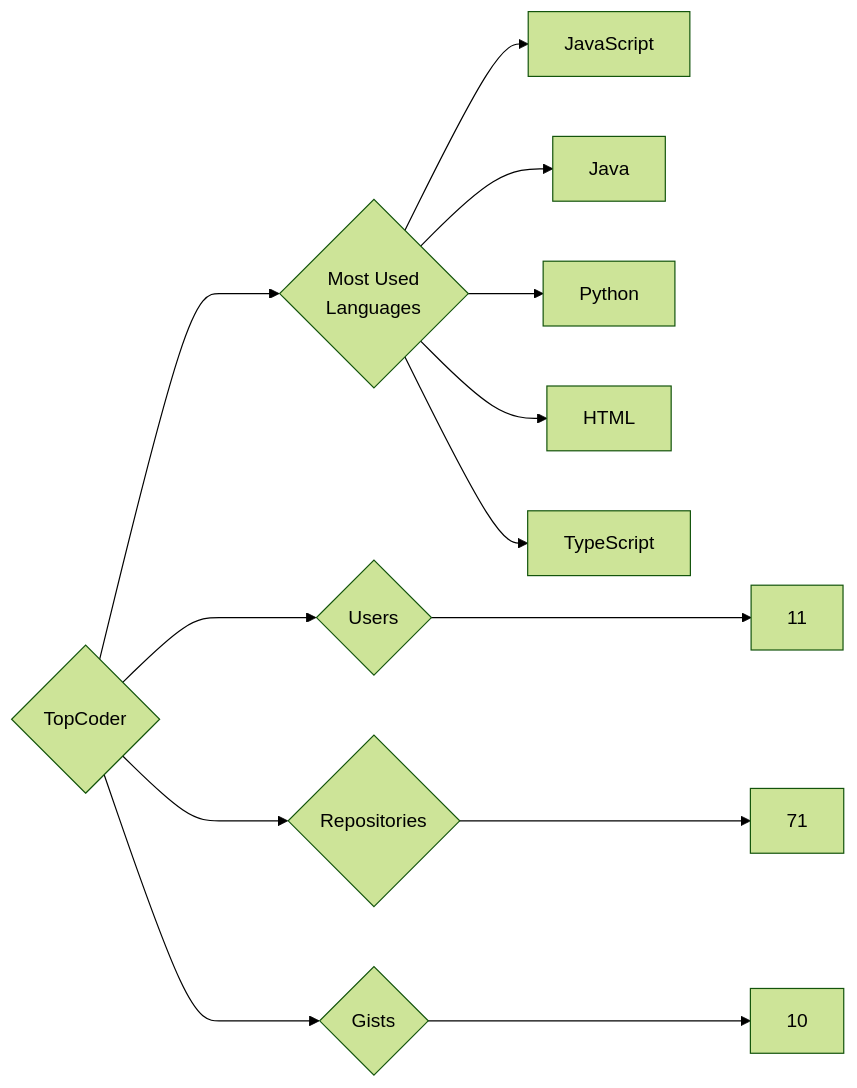
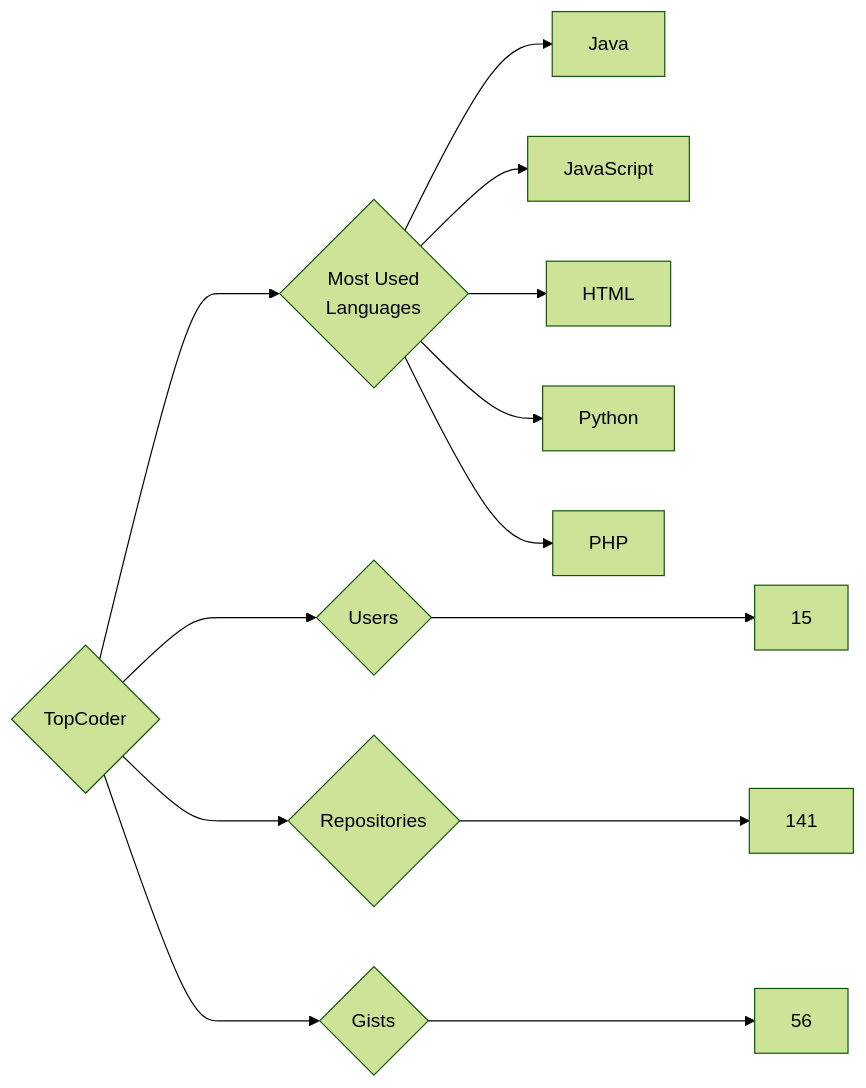
One commit to trickest/insiders changed the diagram in targets/TopCoder/README.md. Above: the diagram before and after it, drawn with Mermaid (forest theme). The commit also changed 814 other files, not shown here.

````diff
--- a/targets/TopCoder/README.md
+++ b/targets/TopCoder/README.md
@@ -3,13 +3,13 @@
 ```mermaid
 graph LR
 COMPANY_NAME{TopCoder}
-COMPANY_NAME ---> U{Users} ---> UN[11]
-COMPANY_NAME ---> R{Repositories} ---> RN[71]
-COMPANY_NAME ---> G{Gists} ---> GN[10]
+COMPANY_NAME ---> U{Users} ---> UN[15]
+COMPANY_NAME ---> R{Repositories} ---> RN[141]
+COMPANY_NAME ---> G{Gists} ---> GN[56]
 COMPANY_NAME ---> ML{Most Used<br>Languages}
+ML --> Java[Java]
 ML --> JavaScript[JavaScript]
-ML --> Java[Java]
+ML --> HTML[HTML]
 ML --> Python[Python]
-ML --> HTML[HTML]
-ML --> TypeScript[TypeScript]
+ML --> PHP[PHP]
 ```
````
